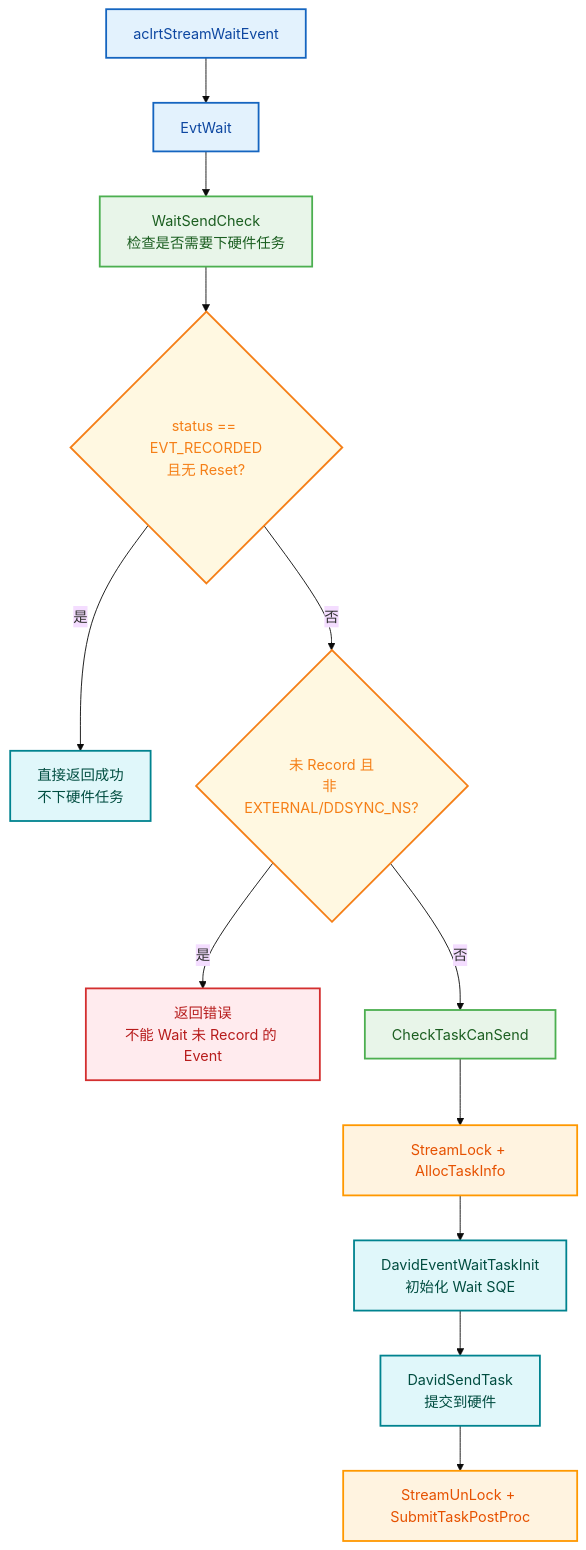
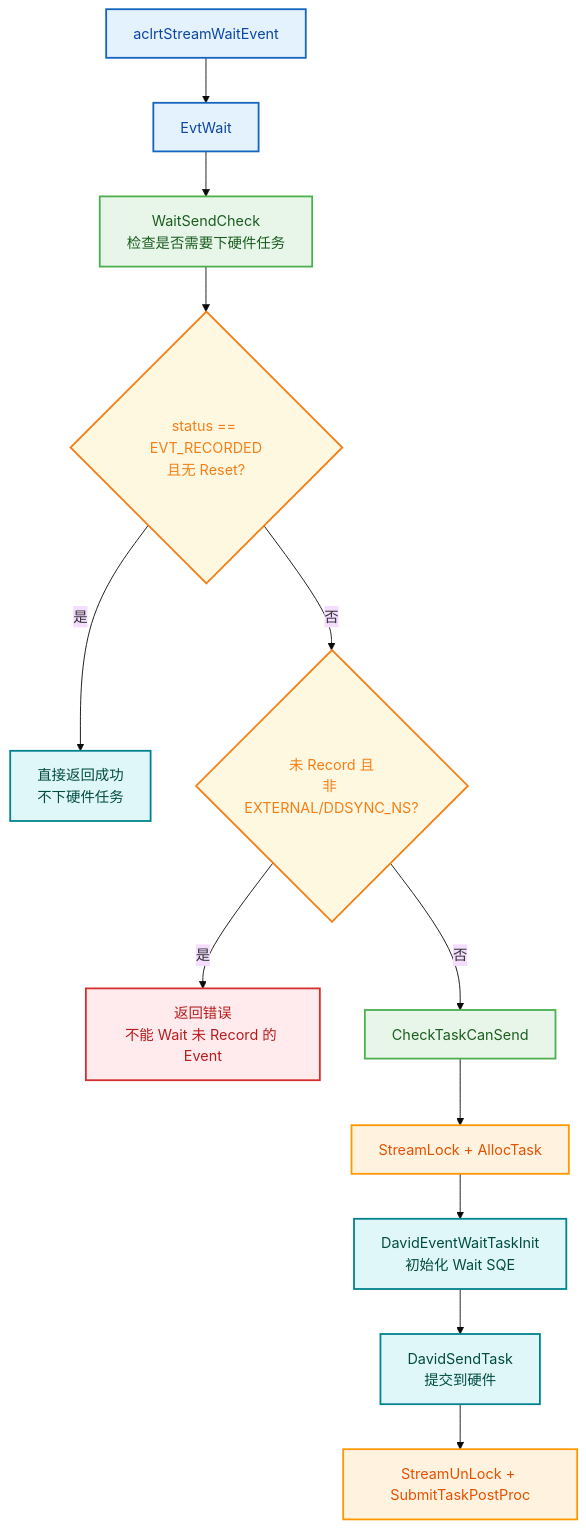
One commit to hicann/runtime changed the fourth of 11 diagrams in docs/zh/design/modules/event/event.md. Above: the diagram before and after it, drawn with Mermaid (base theme). The commit also changed other lines of this file and 6 other files, not shown here.

````diff
--- a/docs/zh/design/modules/event/event.md
+++ b/docs/zh/design/modules/event/event.md
@@ -220,23 +220,23 @@
 ```mermaid
 
 flowchart TD
     classDef userStyle fill:#E3F2FD,stroke:#1565C0,stroke-width:2px,color:#0D47A1
     classDef lockStyle fill:#FFF3E0,stroke:#FF9800,stroke-width:2px,color:#E65100
     classDef allocStyle fill:#E8F5E9,stroke:#4CAF50,stroke-width:2px,color:#1B5E20
     classDef decisionStyle fill:#FFF8E1,stroke:#F57F17,stroke-width:2px,color:#F57F17
     classDef errorStyle fill:#FFEBEE,stroke:#D32F2F,stroke-width:2px,color:#B71C1C
     classDef successStyle fill:#E0F7FA,stroke:#00838F,stroke-width:2px,color:#004D40
 
     A["aclrtStreamWaitEvent"]:::userStyle --> B["EvtWait"]:::userStyle
     B --> C["WaitSendCheck<br/>检查是否需要下硬件任务"]:::allocStyle
     C --> D{"status == EVT_RECORDED<br/>且无 Reset?"}:::decisionStyle
     D -->|是| E["直接返回成功<br/>不下硬件任务"]:::successStyle
     D -->|否| F{"未 Record 且<br/>非 EXTERNAL/DDSYNC_NS?"}:::decisionStyle
     F -->|是| G["返回错误<br/>不能 Wait 未 Record 的 Event"]:::errorStyle
     F -->|否| H["CheckTaskCanSend"]:::allocStyle
-    H --> I["StreamLock + AllocTaskInfo"]:::lockStyle
+    H --> I["StreamLock + AllocTask"]:::lockStyle
     I --> J["DavidEventWaitTaskInit<br/>初始化 Wait SQE"]:::successStyle
     J --> K["DavidSendTask<br/>提交到硬件"]:::successStyle
     K --> L["StreamUnLock + SubmitTaskPostProc"]:::lockStyle
 
 ```
````
